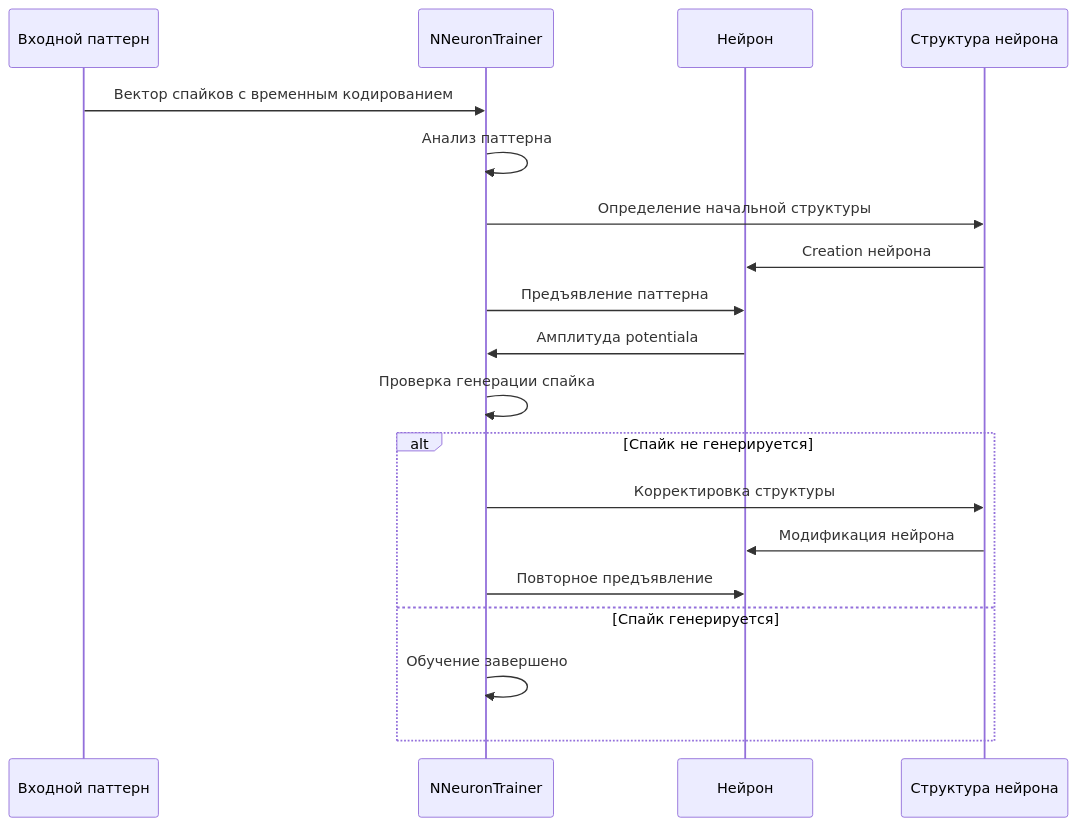
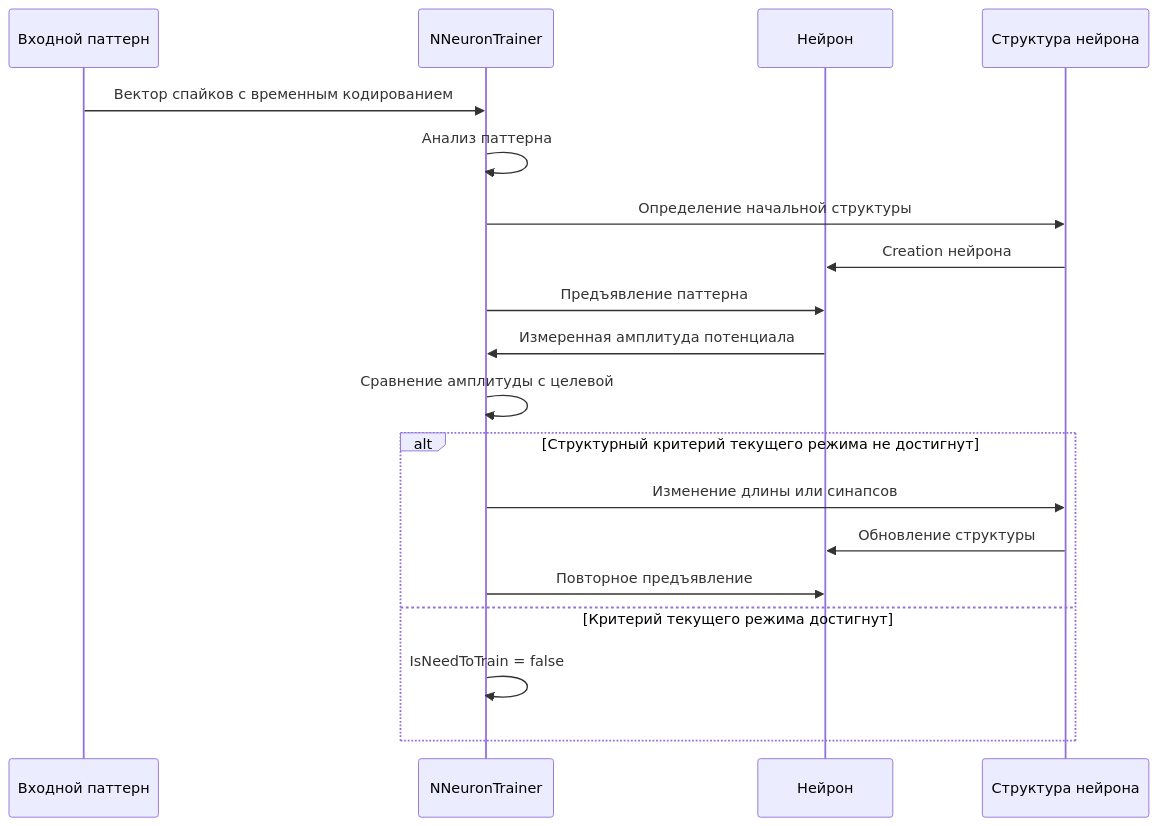
One commit to aicommunity/Nmsdk-Bin changed the fourth of 4 diagrams in Docs/SpikeSamples/StructuralAdaptation.md. Above: the diagram before and after it, drawn with Mermaid. The commit also changed other lines of this file and 134 other files, not shown here.

````diff
--- a/Docs/SpikeSamples/StructuralAdaptation.md
+++ b/Docs/SpikeSamples/StructuralAdaptation.md
@@ -480,22 +486,22 @@
 ```mermaid
 sequenceDiagram
     participant Input as Входной паттерн
     participant Trainer as NNeuronTrainer
     participant Neuron as Нейрон
     participant Structure as Структура нейрона
 
     Input->>Trainer: Вектор спайков с временным кодированием
     Trainer->>Trainer: Анализ паттерна
     Trainer->>Structure: Определение начальной структуры
     Structure->>Neuron: Creation нейрона
     Trainer->>Neuron: Предъявление паттерна
-    Neuron->>Trainer: Амплитуда potentialа
-    Trainer->>Trainer: Проверка генерации спайка
-    alt Спайк не генерируется
-        Trainer->>Structure: Корректировка структуры
-        Structure->>Neuron: Модификация нейрона
+    Neuron->>Trainer: Измеренная амплитуда потенциала
+    Trainer->>Trainer: Сравнение амплитуды с целевой
+    alt Структурный критерий текущего режима не достигнут
+        Trainer->>Structure: Изменение длины или синапсов
+        Structure->>Neuron: Обновление структуры
         Trainer->>Neuron: Повторное предъявление
-    else Спайк генерируется
-        Trainer->>Trainer: Обучение завершено
+    else Критерий текущего режима достигнут
+        Trainer->>Trainer: IsNeedToTrain = false
     end
 ```
````
